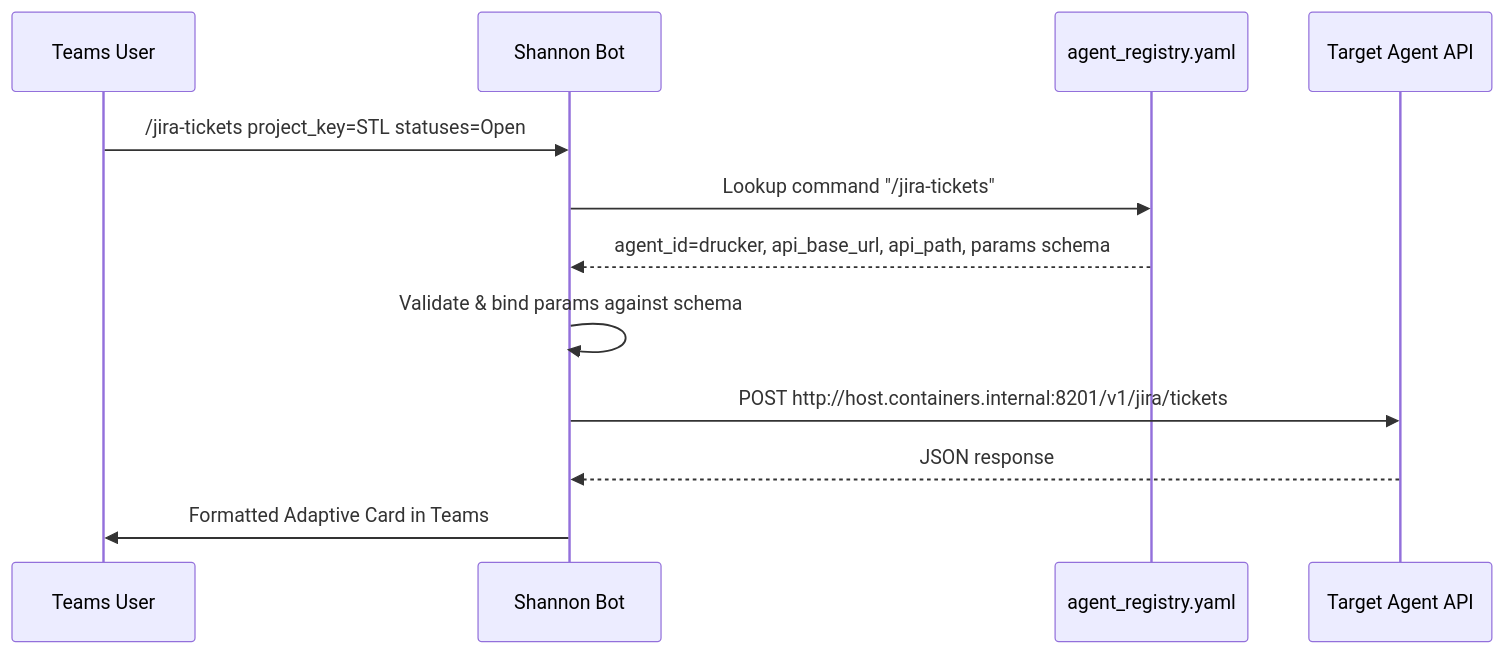
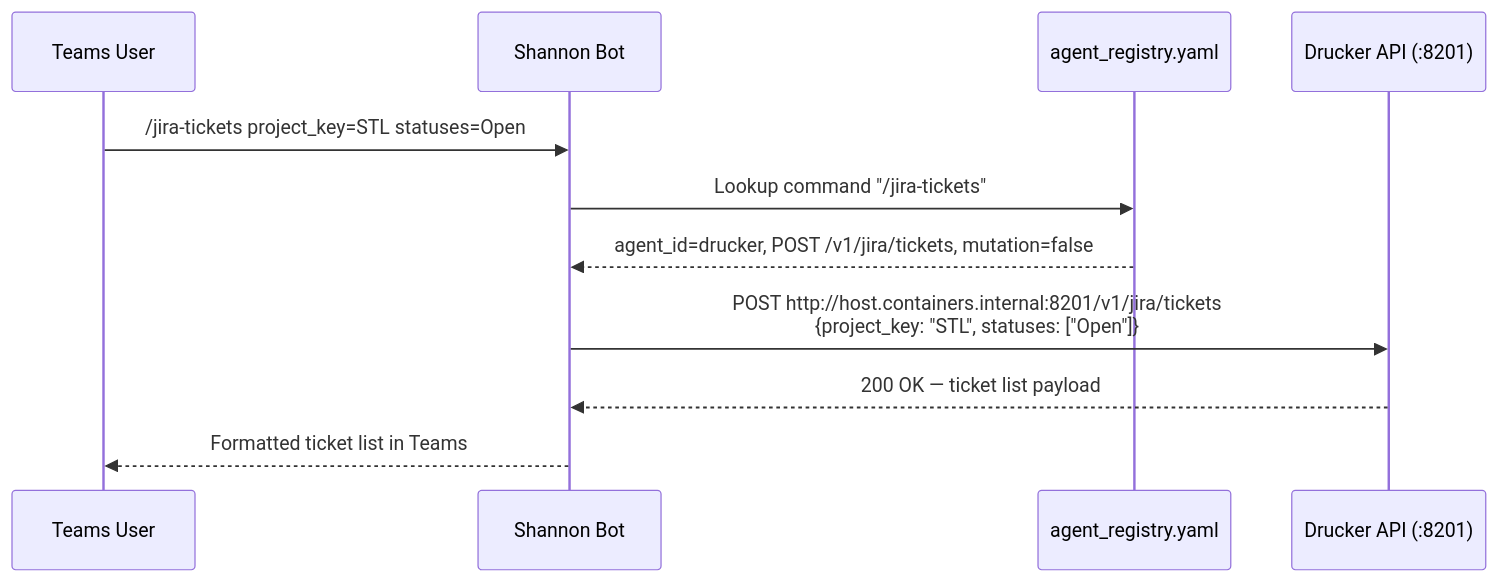
Before and after one commit to jmac-cornelis/agent-workforce: the second of 4 diagrams in docs/config-shannon.md, drawn with Mermaid. The commit also changed other lines of this file and 8 other files, not shown here.

````diff
--- a/docs/config-shannon.md
+++ b/docs/config-shannon.md
@@ -66,15 +68,14 @@
 ```mermaid
 sequenceDiagram
     participant User as Teams User
     participant Shannon as Shannon Bot
-    participant AR as agent_registry.yaml
-    participant Agent as Target Agent API
+    participant Registry as agent_registry.yaml
+    participant Drucker as Drucker API (:8201)
 
     User->>Shannon: /jira-tickets project_key=STL statuses=Open
-    Shannon->>AR: Lookup command "/jira-tickets"
-    AR-->>Shannon: agent_id=drucker, api_base_url, api_path, params schema
-    Shannon->>Shannon: Validate & bind params against schema
-    Shannon->>Agent: POST http://host.containers.internal:8201/v1/jira/tickets
-    Agent-->>Shannon: JSON response
-    Shannon->>User: Formatted Adaptive Card in Teams
+    Shannon->>Registry: Lookup command "/jira-tickets"
+    Registry-->>Shannon: agent_id=drucker, POST /v1/jira/tickets, mutation=false
+    Shannon->>Drucker: POST http://host.containers.internal:8201/v1/jira/tickets<br/>{project_key: "STL", statuses: ["Open"]}
+    Drucker-->>Shannon: 200 OK — ticket list payload
+    Shannon-->>User: Formatted ticket list in Teams
 ```
````
